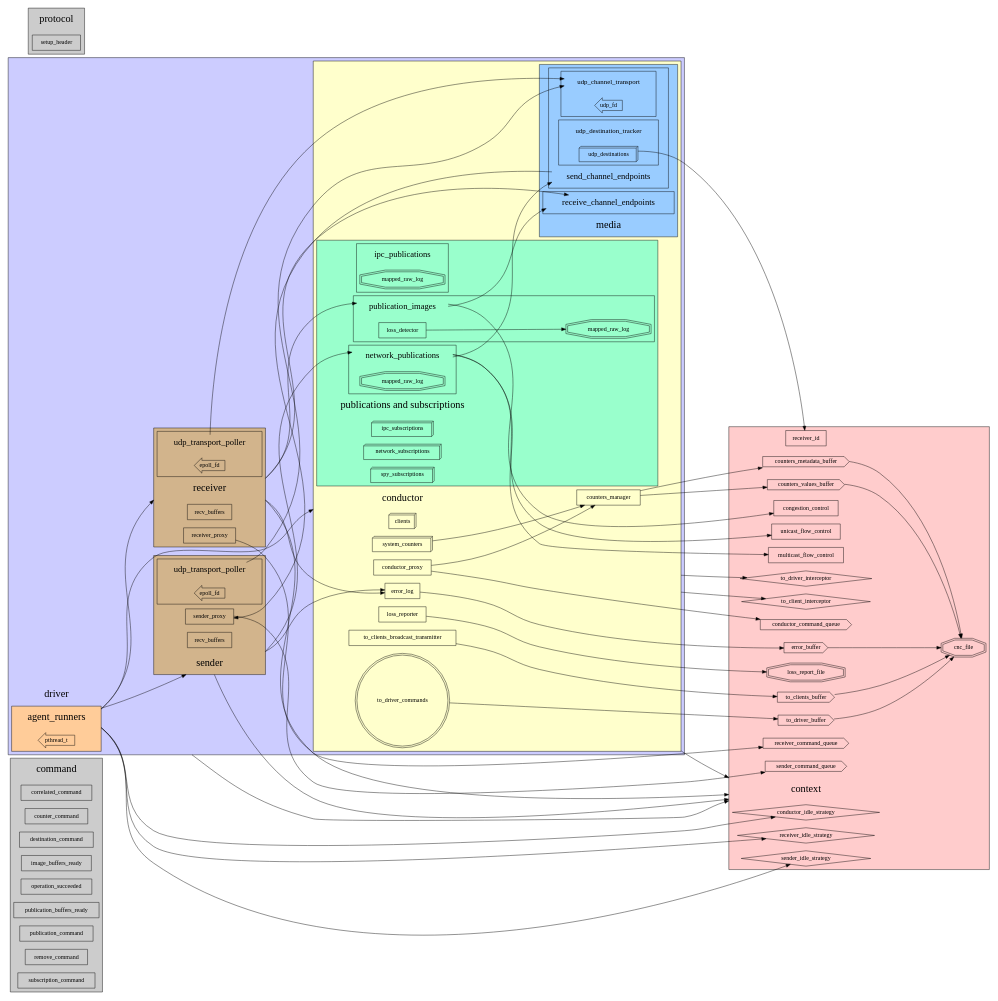
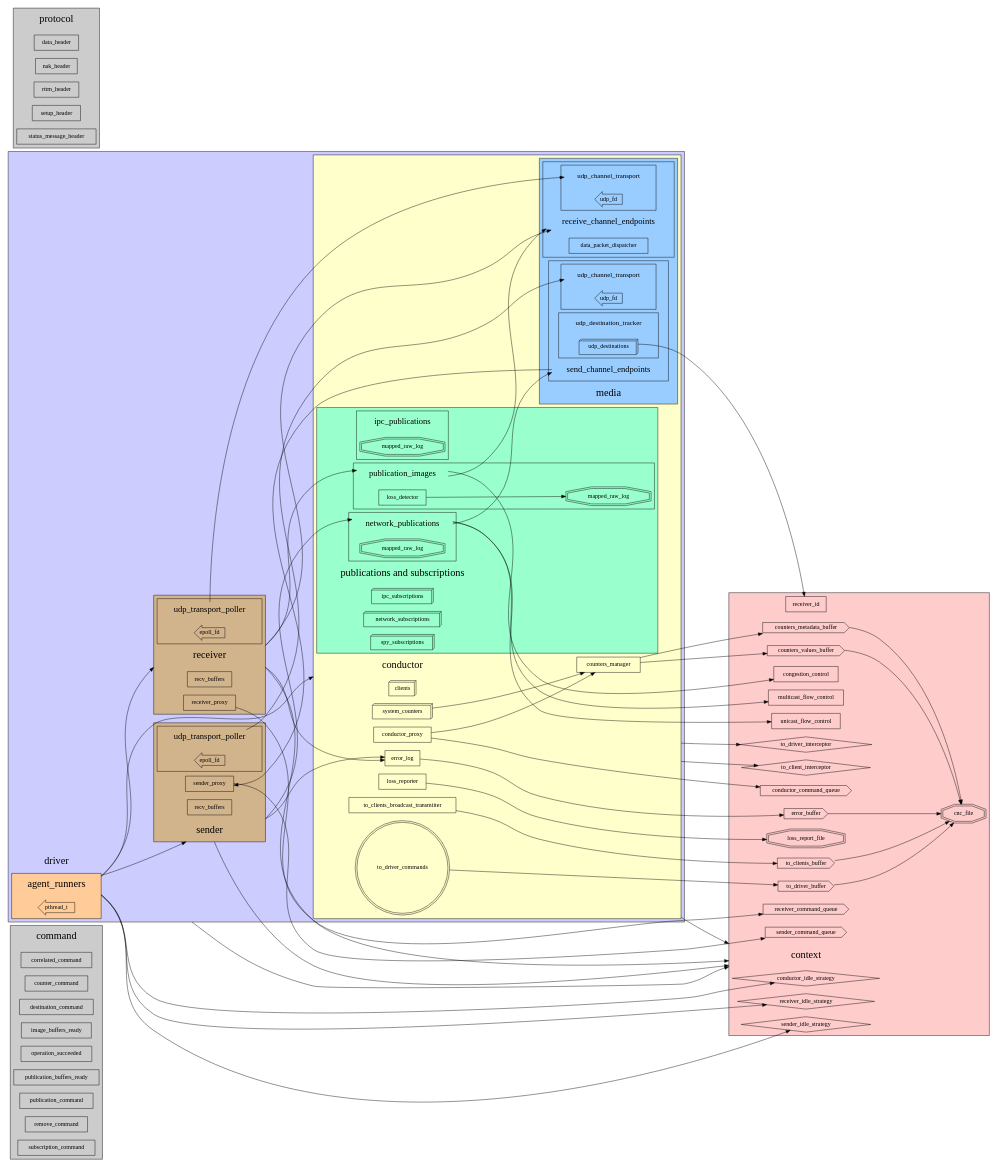
Before and after one commit to khklau/aeron-dpdk-driver: the diagram in doc/c_driver.dot, drawn with Graphviz.

Commit message:
adding final components from sender work analysis; subscriptions still aren't understood though

```diff
--- a/doc/c_driver.dot
+++ b/doc/c_driver.dot
@@ -95,6 +95,17 @@
                     fillcolor = "#99ccff";
 
                     receive_channel_endpoints [ label="receive_channel_endpoints" shape="none" fontsize=20 ];
+
+                    data_packet_dispatcher [ label="data_packet_dispatcher" shape="record" ];
+
+                    subgraph cluster_receive_udp_channel_transport {
+                        style = filled;
+                        fillcolor = "#99ccff";
+
+                        receive_udp_channel_transport [ label="udp_channel_transport" shape="none" fontsize=16 ];
+
+                        receive_udp_fd [ label="udp_fd" shape="larrow" ];
+                    }
                 }
 
                 subgraph cluster_send_channel_endpoints {
@@ -103,13 +114,13 @@
 
                     send_channel_endpoints [ label="send_channel_endpoints" shape="none" fontsize=20 ];
 
-                    subgraph cluster_udp_channel_transport {
+                    subgraph cluster_send_udp_channel_transport {
                         style = filled;
                         fillcolor = "#99ccff";
 
-                        udp_channel_transport [ label="udp_channel_transport" shape="none" fontsize=16 ];
+                        send_udp_channel_transport [ label="udp_channel_transport" shape="none" fontsize=16 ];
 
-                        udp_fd [ label="udp_fd" shape="larrow" ];
+                        send_udp_fd [ label="udp_fd" shape="larrow" ];
                     }
 
                     subgraph cluster_udp_destination_tracker {
@@ -212,8 +223,8 @@
         agent_runners -> receiver_idle_strategy [ ltail=cluster_agent_runners ];
         agent_runners -> sender [ ltail=cluster_agent_runners, lhead=cluster_sender ];
         agent_runners -> sender_idle_strategy [ ltail=cluster_agent_runners ];
-        receiver_udp_transport_poller -> udp_channel_transport;
-        sender_udp_transport_poller -> udp_channel_transport;
+        receiver_udp_transport_poller -> receive_udp_channel_transport;
+        sender_udp_transport_poller -> send_udp_channel_transport;
     }
 
     subgraph cluster_protocol {
@@ -222,7 +233,11 @@
 
         protocol [ label="protocol" shape="none" fontsize=24 ];
 
+        data_header [ label="data_header" shape="record" ];
+        nak_header [ label="nak_header" shape="record" ];
+        rttm_header [ label="rttm_header" shape="record" ];
         setup_header [ label="setup_header" shape="record" ];
+        status_message_header [ label="status_message_header" shape="record" ];
     }
 
     conductor -> context [ ltail=cluster_conductor, lhead=cluster_context ];
```
